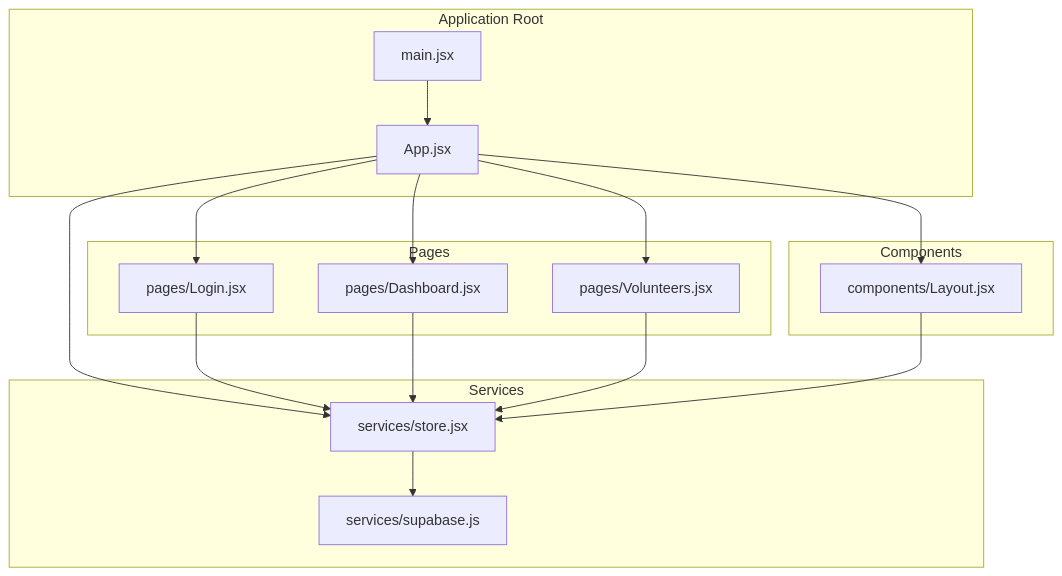
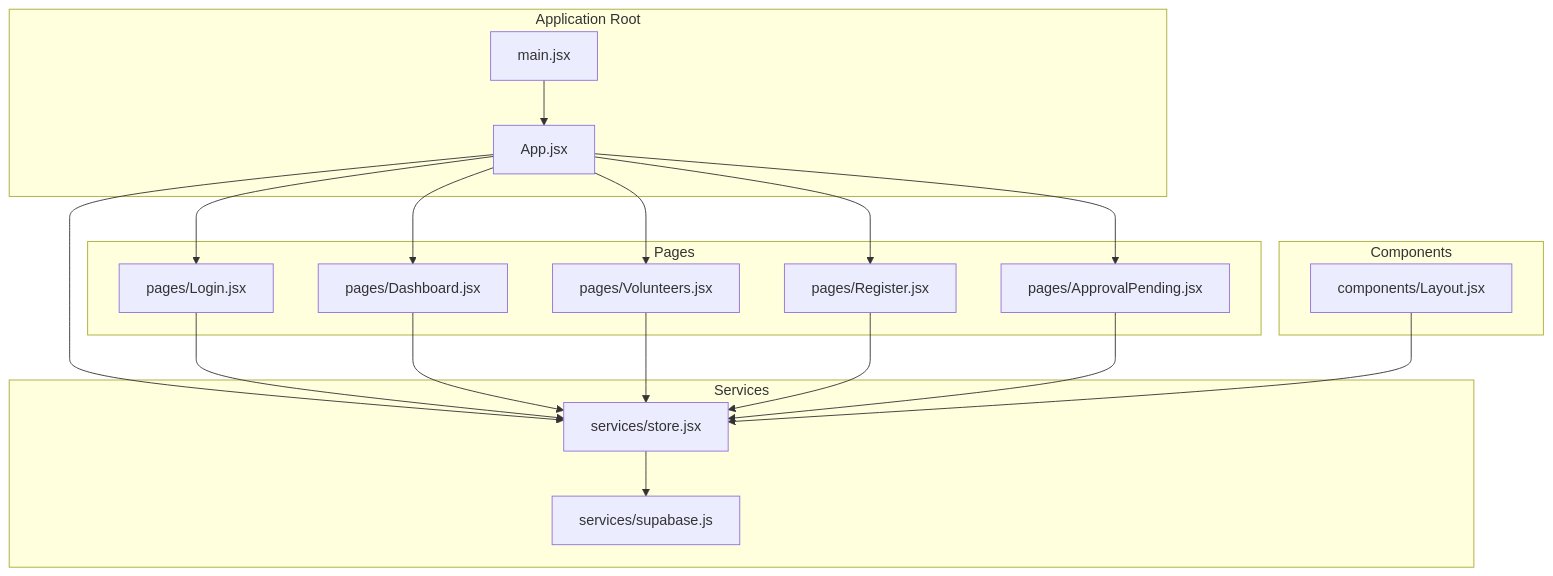
Before and after one commit to netdaniel/serveflow: the first of 12 diagrams in .qoder/repowiki/en/content/State Management System/Store Provider Architecture.md, drawn with Mermaid. The commit also changed other lines of this file and 12 other files, not shown here.

````diff
--- a/.qoder/repowiki/en/content/State Management System/Store Provider Architecture.md
+++ b/.qoder/repowiki/en/content/State Management System/Store Provider Architecture.md
@@ -35,30 +49,35 @@
 ```mermaid
 graph TB
 subgraph "Application Root"
 MAIN["main.jsx"]
 APP["App.jsx"]
 end
 subgraph "Services"
 STORE["services/store.jsx"]
 SUPABASE["services/supabase.js"]
 end
 subgraph "Pages"
 LOGIN["pages/Login.jsx"]
 DASHBOARD["pages/Dashboard.jsx"]
 VOLUNTEERS["pages/Volunteers.jsx"]
+REGISTER["pages/Register.jsx"]
+APPROVAL["pages/ApprovalPending.jsx"]
 end
 subgraph "Components"
 LAYOUT["components/Layout.jsx"]
 end
 MAIN --> APP
 APP --> STORE
 STORE --> SUPABASE
 APP --> LOGIN
 APP --> DASHBOARD
 APP --> VOLUNTEERS
-APP --> LAYOUT
+APP --> REGISTER
+APP --> APPROVAL
 LOGIN --> STORE
 DASHBOARD --> STORE
 VOLUNTEERS --> STORE
+REGISTER --> STORE
+APPROVAL --> STORE
 LAYOUT --> STORE
 ```
````
